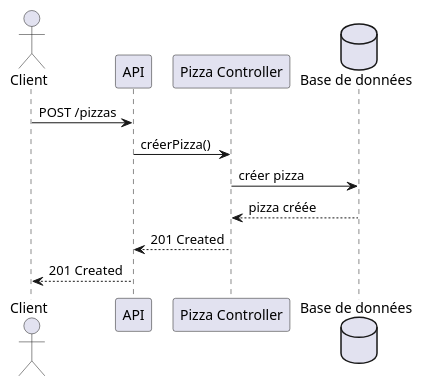
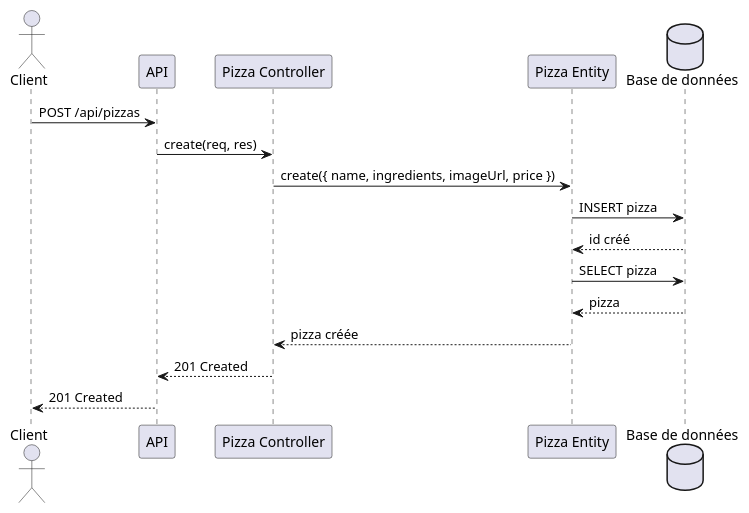
One commit to TimmyMarendaz/I321-Marendaz-Timmy changed the diagram in docs/sequence-pizza.puml. Above: the diagram before and after it, drawn with PlantUML. The commit also changed 16 other files, not shown here.

```diff
--- a/docs/sequence-pizza.puml
+++ b/docs/sequence-pizza.puml
@@ -1,15 +1,20 @@
 @startuml
 
 actor Client
 participant "API" as API
 participant "Pizza Controller" as Controller
+participant "Pizza Entity" as Entity
 database "Base de données" as DB
 
-Client -> API : POST /pizzas
-API -> Controller : créerPizza()
-Controller -> DB : créer pizza
-DB --> Controller : pizza créée
+Client -> API : POST /api/pizzas
+API -> Controller : create(req, res)
+Controller -> Entity : create({ name, ingredients, imageUrl, price })
+Entity -> DB : INSERT pizza
+DB --> Entity : id créé
+Entity -> DB : SELECT pizza
+DB --> Entity : pizza
+Entity --> Controller : pizza créée
 Controller --> API : 201 Created
 API --> Client : 201 Created
 
 @enduml
```
